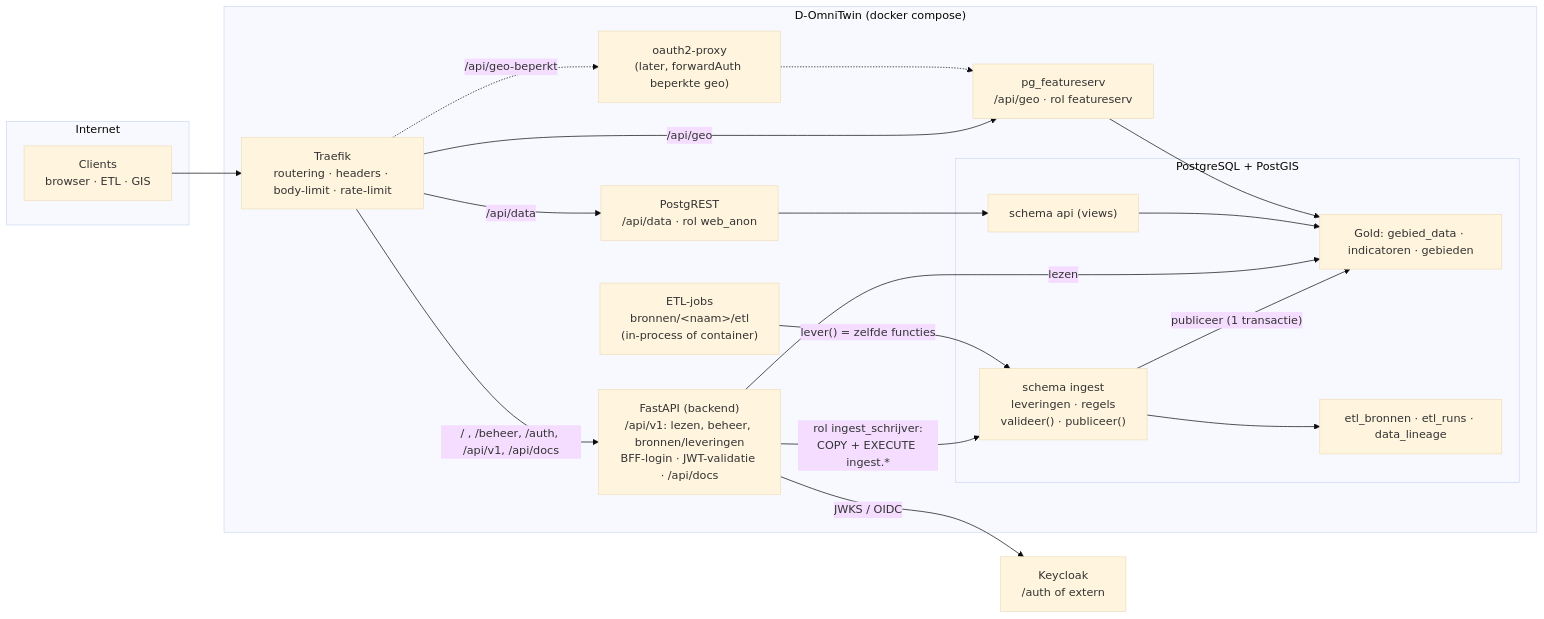
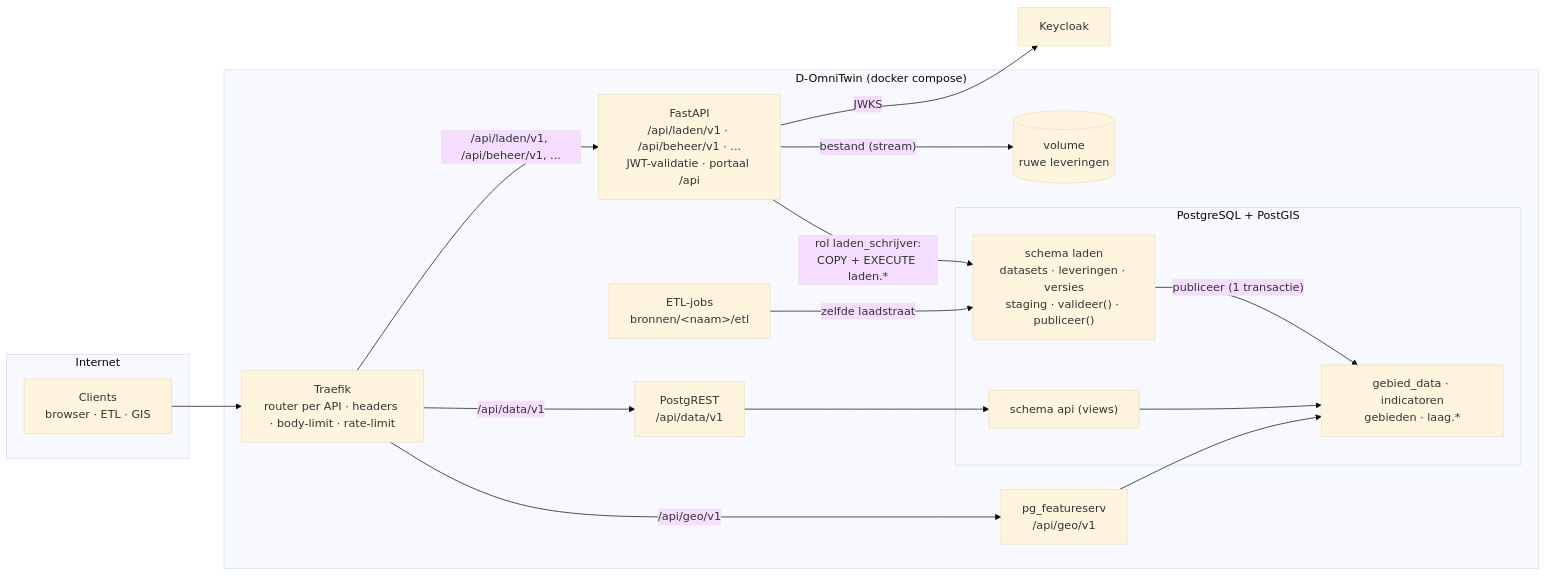
The second of 5 diagrams in docs/2-architectuur/vullen-van-d-omnitwin.md (Sudwest-Fryslan/D-OmniTwin), drawn with Mermaid (base theme) before and after one commit. The commit also changed other lines of this file and 23 other files, not shown here.

First line of the commit message:
docs(api): laad-API-specificatie en gescheiden API's per doel (#205)

````diff
--- a/docs/2-architectuur/vullen-van-d-omnitwin.md
+++ b/docs/2-architectuur/vullen-van-d-omnitwin.md
@@ -44,35 +44,31 @@
 ```mermaid
 flowchart LR
   subgraph Internet
     C["Clients<br/>browser · ETL · GIS"]
   end
-  KC["Keycloak<br/>/auth of extern"]
+  KC["Keycloak"]
   subgraph Stack["D-OmniTwin (docker compose)"]
-    T["Traefik<br/>routering · headers · body-limit · rate-limit"]
-    F["FastAPI (backend)<br/>/api/v1: lezen, beheer, bronnen/leveringen<br/>BFF-login · JWT-validatie · /api/docs"]
-    J["ETL-jobs<br/>bronnen/&lt;naam&gt;/etl<br/>(in-process of container)"]
-    PR["PostgREST<br/>/api/data · rol web_anon"]
-    FS["pg_featureserv<br/>/api/geo · rol featureserv"]
-    OP["oauth2-proxy<br/>(later, forwardAuth beperkte geo)"]
+    T["Traefik<br/>router per API · headers · body-limit · rate-limit"]
+    F["FastAPI<br/>/api/laden/v1 · /api/beheer/v1 · ...<br/>JWT-validatie · portaal /api"]
+    J["ETL-jobs<br/>bronnen/&lt;naam&gt;/etl"]
+    V[("volume<br/>ruwe leveringen")]
+    PR["PostgREST<br/>/api/data/v1"]
+    FS["pg_featureserv<br/>/api/geo/v1"]
     subgraph PG["PostgreSQL + PostGIS"]
-      ING["schema ingest<br/>leveringen · regels<br/>valideer() · publiceer()"]
-      GOLD["Gold: gebied_data · indicatoren · gebieden"]
-      REG["etl_bronnen · etl_runs · data_lineage"]
+      LA["schema laden<br/>datasets · leveringen · versies<br/>staging · valideer() · publiceer()"]
+      GOLD["gebied_data · indicatoren<br/>gebieden · laag.*"]
       API["schema api (views)"]
     end
   end
   C --> T
-  T -- "/ , /beheer, /auth, /api/v1, /api/docs" --> F
-  T -- "/api/data" --> PR
-  T -- "/api/geo" --> FS
-  T -. "/api/geo-beperkt" .-> OP -.-> FS
-  F -- "JWKS / OIDC" --> KC
-  F -- "rol ingest_schrijver:<br/>COPY + EXECUTE ingest.*" --> ING
-  J -- "lever() = zelfde functies" --> ING
-  ING -- "publiceer (1 transactie)" --> GOLD
-  ING --> REG
-  F -- "lezen" --> GOLD
-  PR --> API
-  API --> GOLD
+  T -- "/api/laden/v1, /api/beheer/v1, ..." --> F
+  T -- "/api/data/v1" --> PR
+  T -- "/api/geo/v1" --> FS
+  F -- "JWKS" --> KC
+  F -- "bestand (stream)" --> V
+  F -- "rol laden_schrijver:<br/>COPY + EXECUTE laden.*" --> LA
+  J -- "zelfde laadstraat" --> LA
+  LA -- "publiceer (1 transactie)" --> GOLD
+  PR --> API --> GOLD
   FS --> GOLD
 ```
````
